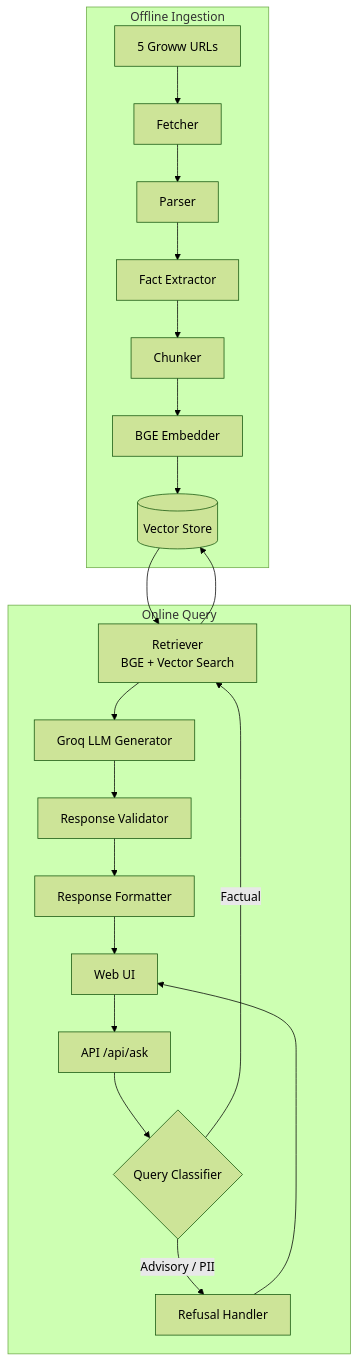
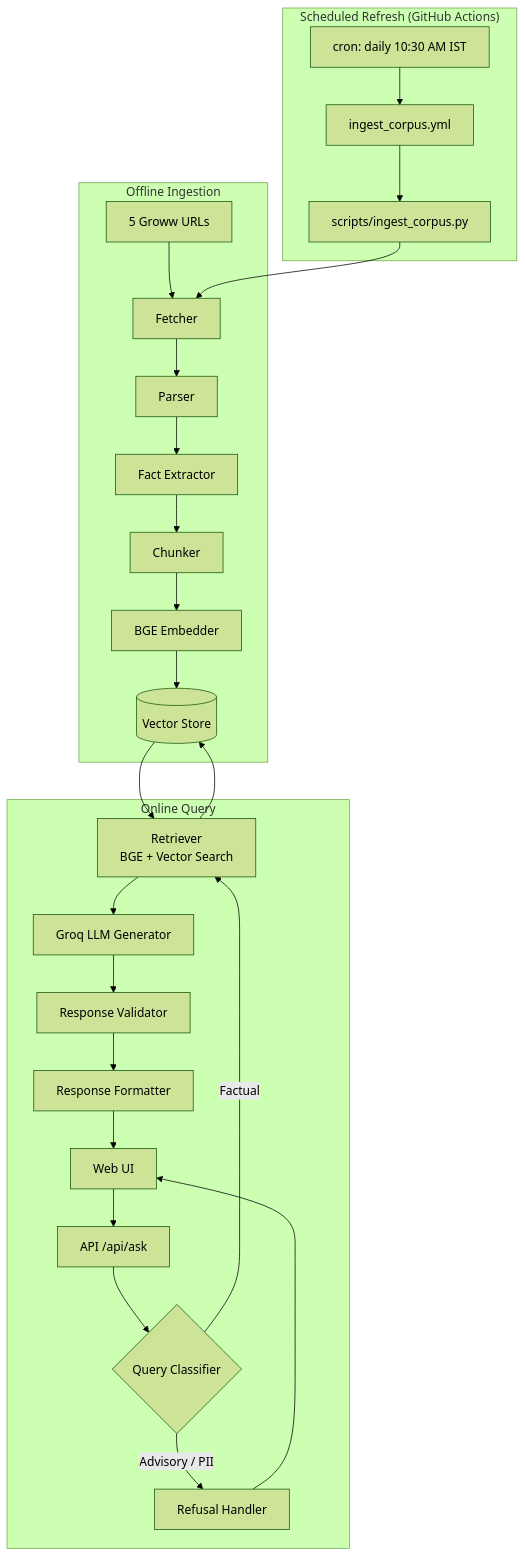
The second of 2 diagrams in Docs/architecture.md (KarthikBattaram19/Mutual_Fund_Chat_Bot), drawn with Mermaid (forest theme) before and after one commit. The commit also changed other lines of this file and 5 other files, not shown here.

First line of the commit message:
Add GitHub Actions daily ingestion scheduler (Phase 5.a).

````diff
--- a/Docs/architecture.md
+++ b/Docs/architecture.md
@@ -570,25 +612,33 @@
 ```mermaid
 flowchart TB
+    subgraph Scheduler["Scheduled Refresh (GitHub Actions)"]
+        CRON["cron: daily 10:30 AM IST"]
+        WF["ingest_corpus.yml"]
+        CLI["scripts/ingest_corpus.py"]
+        CRON --> WF --> CLI
+    end
+
     subgraph Offline["Offline Ingestion"]
         U1["5 Groww URLs"] --> F["Fetcher"]
         F --> P["Parser"]
         P --> E["Fact Extractor"]
         E --> C["Chunker"]
         C --> EM["BGE Embedder"]
         EM --> VS[("Vector Store")]
+        CLI --> F
     end
 
     subgraph Online["Online Query"]
         UI["Web UI"] --> API["API /api/ask"]
         API --> QC{"Query Classifier"}
         QC -->|Advisory / PII| RH["Refusal Handler"]
         QC -->|Factual| RET["Retriever<br/>BGE + Vector Search"]
         RET --> VS
         VS --> RET
         RET --> GEN["Groq LLM Generator"]
         GEN --> VAL["Response Validator"]
         VAL --> FMT["Response Formatter"]
         RH --> UI
         FMT --> UI
     end
 ```
````
